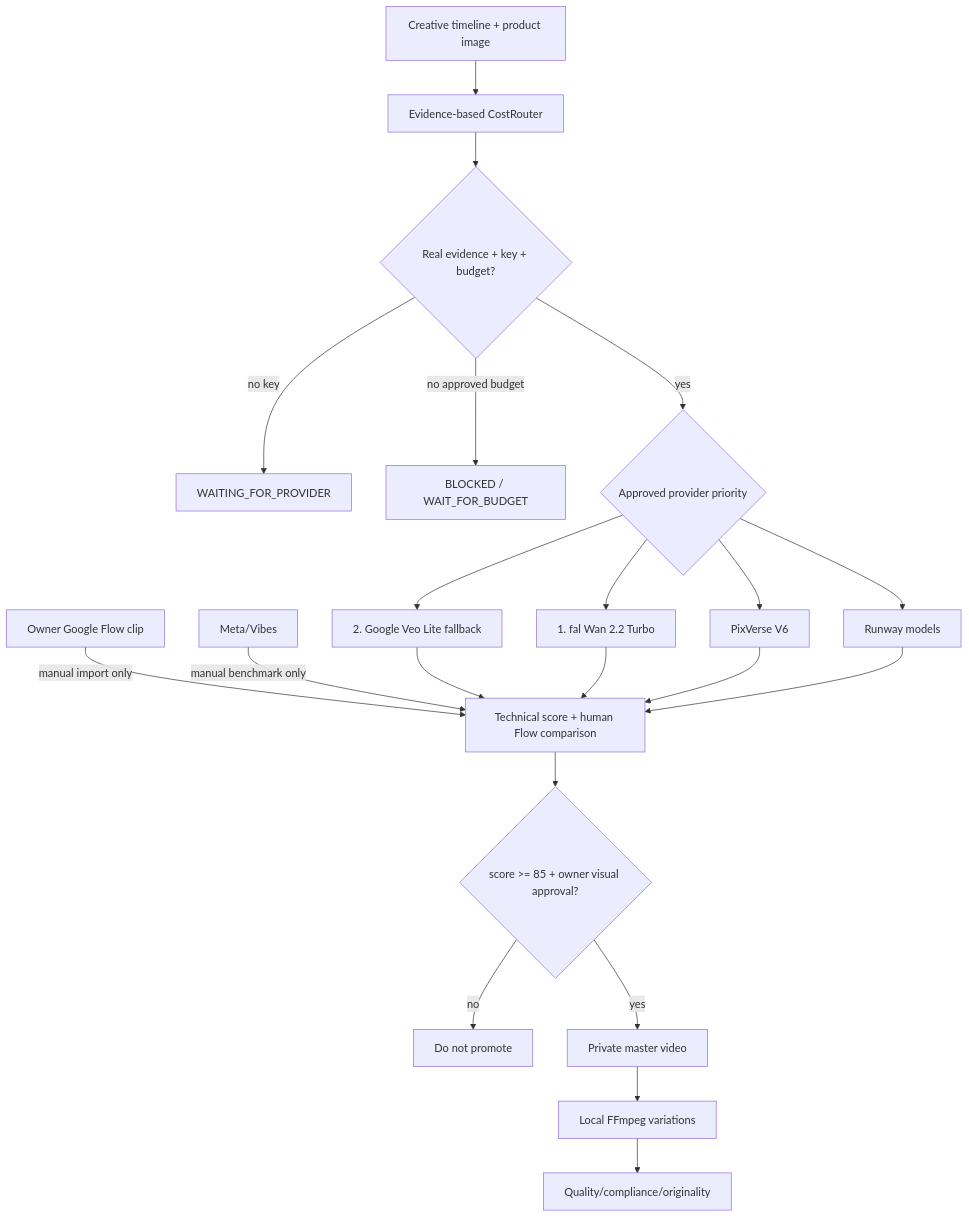
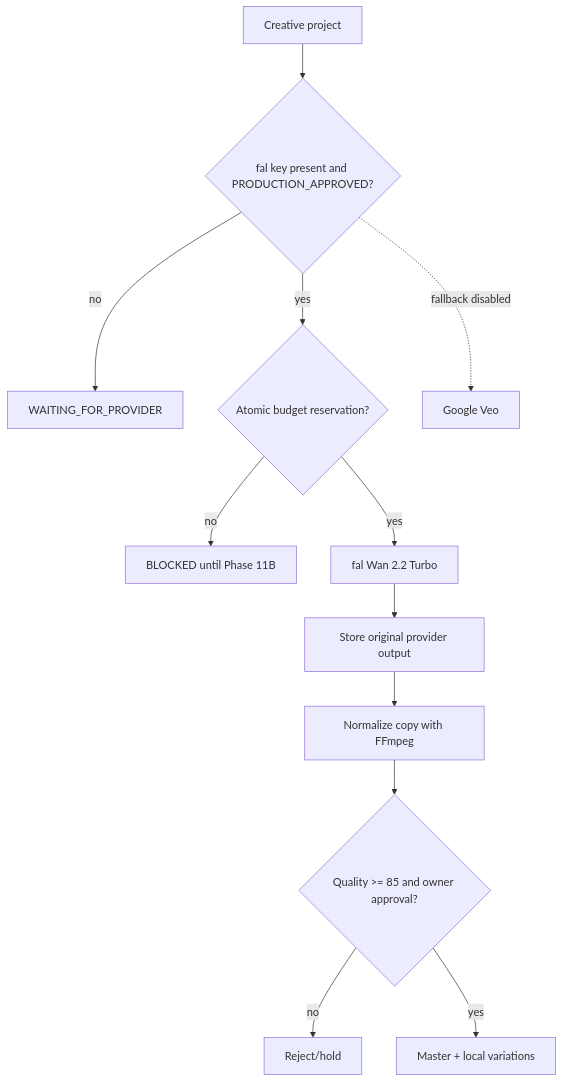
One commit to kkhunmingg-commits/viralflow-ai changed the fifth of 6 diagrams in docs/PROJECT_MASTER_STATUS.md. Above: the diagram before and after it, drawn with Mermaid. The commit also changed other lines of this file and 4 other files, not shown here.

````diff
--- a/docs/PROJECT_MASTER_STATUS.md
+++ b/docs/PROJECT_MASTER_STATUS.md
@@ -218,23 +179,14 @@
-```mermaid
+~~~mermaid
 flowchart TD
-    Intent[Creative timeline + product image] --> Router[Evidence-based CostRouter]
-    Router --> Evidence{Real evidence + key + budget?}
-    Evidence -->|no key| Waiting[WAITING_FOR_PROVIDER]
-    Evidence -->|no approved budget| Budget[BLOCKED / WAIT_FOR_BUDGET]
-    Evidence -->|yes| Candidate{Approved provider priority}
-    Candidate --> Fal[1. fal Wan 2.2 Turbo]
-    Candidate --> Veo[2. Google Veo Lite fallback]
-    Candidate --> Pix[PixVerse V6]
-    Candidate --> Runway[Runway models]
-    Flow[Owner Google Flow clip] -->|manual import only| Benchmark[Technical score + human Flow comparison]
-    Meta[Meta/Vibes] -->|manual benchmark only| Benchmark
-    Veo --> Benchmark
-    Fal --> Benchmark
-    Pix --> Benchmark
-    Runway --> Benchmark
-    Benchmark --> Gate{score >= 85 + owner visual approval?}
-    Gate -->|no| Reject[Do not promote]
-    Gate -->|yes| Master[Private master video]
-    Master --> Variations[Local FFmpeg variations]
-    Variations --> Quality[Quality/compliance/originality]
-```
+  V1[Creative project] --> V2{fal key present and PRODUCTION_APPROVED?}
+  V2 -->|no| V3[WAITING_FOR_PROVIDER]
+  V2 -->|yes| V4{Atomic budget reservation?}
+  V4 -->|no| V5[BLOCKED until Phase 11B]
+  V4 -->|yes| V6[fal Wan 2.2 Turbo]
+  V6 --> V7[Store original provider output]
+  V7 --> V8[Normalize copy with FFmpeg]
+  V8 --> V9{Quality >= 85 and owner approval?}
+  V9 -->|no| V10[Reject/hold]
+  V9 -->|yes| V11[Master + local variations]
+  V2 -. fallback disabled .-> V12[Google Veo]
+~~~
````
